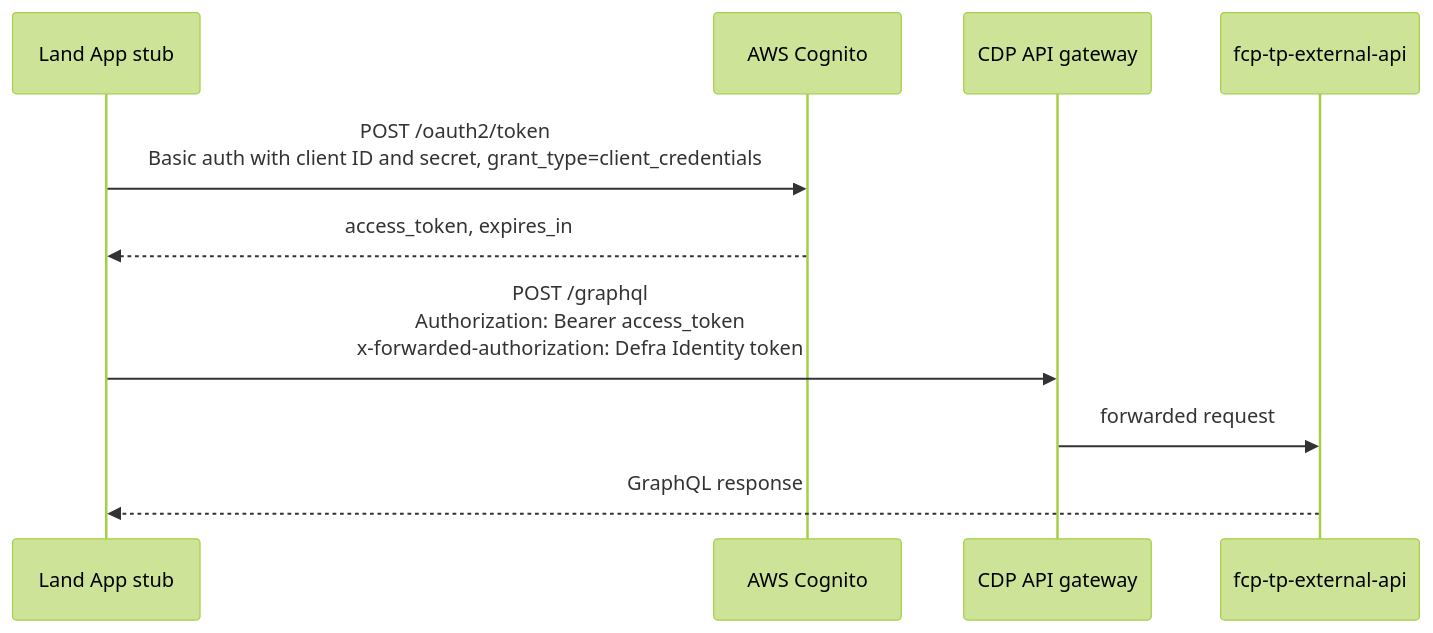
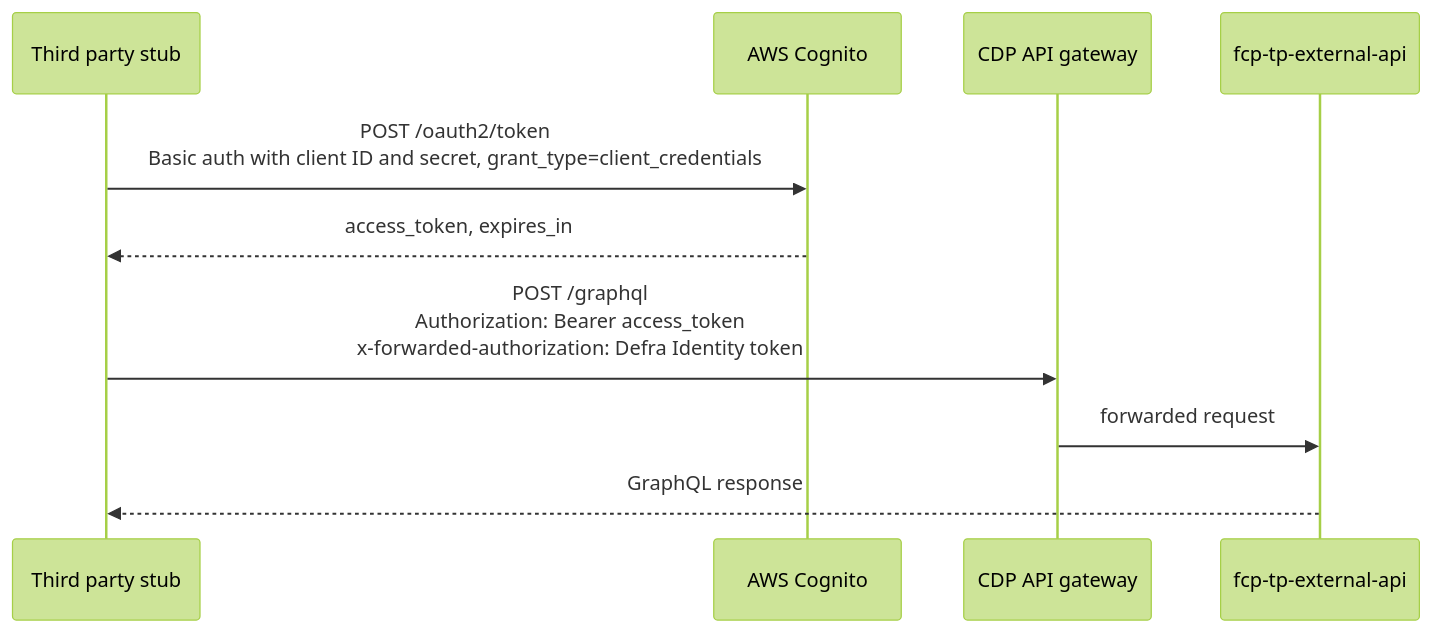
Before and after one commit to DEFRA/fcp-land-app-stub: the sixth of 8 diagrams in README.md, drawn with Mermaid (forest theme). The commit also changed other lines of this file and 13 other files, not shown here.

Commit message:
Rebrand the stub as Third Party Demo App (#18)

````diff
--- a/README.md
+++ b/README.md
@@ -573,13 +571,13 @@
 ```mermaid
 sequenceDiagram
-    participant A as Land App stub
+    participant A as Third party stub
     participant C as AWS Cognito
     participant G as CDP API gateway
     participant E as fcp-tp-external-api
 
     A->>C: POST /oauth2/token<br/>Basic auth with client ID and secret, grant_type=client_credentials
     C-->>A: access_token, expires_in
     A->>G: POST /graphql<br/>Authorization: Bearer access_token<br/>x-forwarded-authorization: Defra Identity token
     G->>E: forwarded request
     E-->>A: GraphQL response
 ```
````
